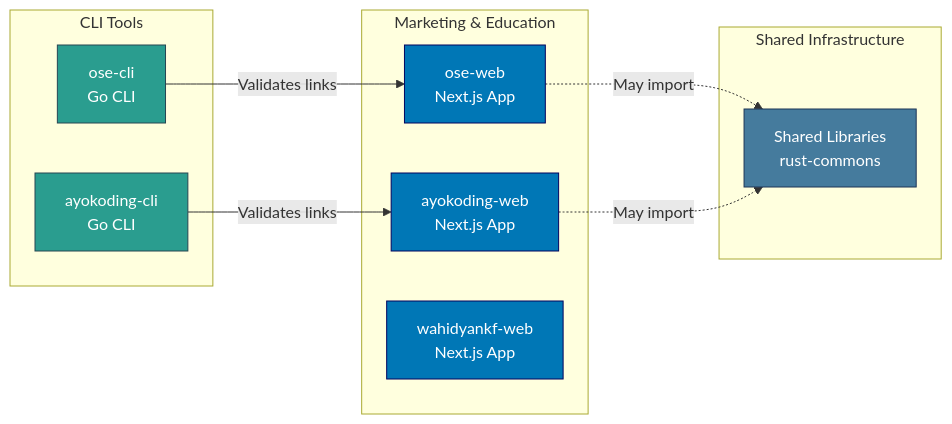
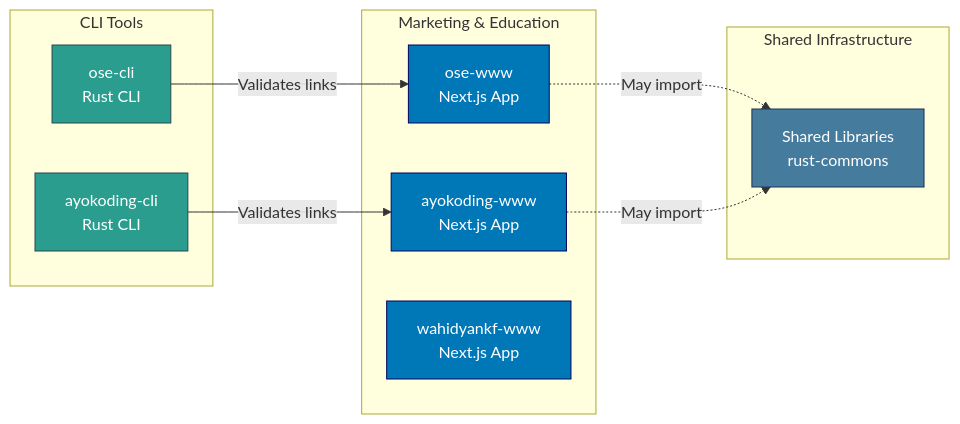
One commit to wahidyankf/baseerah changed the first of 3 diagrams in docs/reference/system-architecture/applications.md. Above: the diagram before and after it, drawn with Mermaid. The commit also changed other lines of this file and 103 other files, not shown here.

First line of the commit message:
docs: sweep stale app names to -www/-be tiers; sanction www app type (Phase 9)

````diff
--- a/docs/reference/system-architecture/applications.md
+++ b/docs/reference/system-architecture/applications.md
@@ -190,29 +203,29 @@
 ```mermaid
 graph LR
     subgraph "Marketing & Education"
-        OSE[ose-web<br/>Next.js App]
-        AYO[ayokoding-web<br/>Next.js App]
-        WKF[wahidyankf-web<br/>Next.js App]
+        OSE[ose-www<br/>Next.js App]
+        AYO[ayokoding-www<br/>Next.js App]
+        WKF[wahidyankf-www<br/>Next.js App]
     end
 
     subgraph "CLI Tools"
-        AYOCLI[ayokoding-cli<br/>Go CLI]
-        OSECLI[ose-cli<br/>Go CLI]
+        AYOCLI[ayokoding-cli<br/>Rust CLI]
+        OSECLI[ose-cli<br/>Rust CLI]
     end
 
     subgraph "Shared Infrastructure"
         LIBS[Shared Libraries<br/>rust-commons]
     end
 
     AYOCLI -->|Validates links| AYO
     OSECLI -->|Validates links| OSE
     OSE -.->|May import| LIBS
     AYO -.->|May import| LIBS
 
     style OSE fill:#0077b6,stroke:#03045e,color:#ffffff
     style AYO fill:#0077b6,stroke:#03045e,color:#ffffff
     style WKF fill:#0077b6,stroke:#03045e,color:#ffffff
     style AYOCLI fill:#2a9d8f,stroke:#264653,color:#ffffff
     style OSECLI fill:#2a9d8f,stroke:#264653,color:#ffffff
     style LIBS fill:#457b9d,stroke:#1d3557,color:#ffffff
 ```
````
